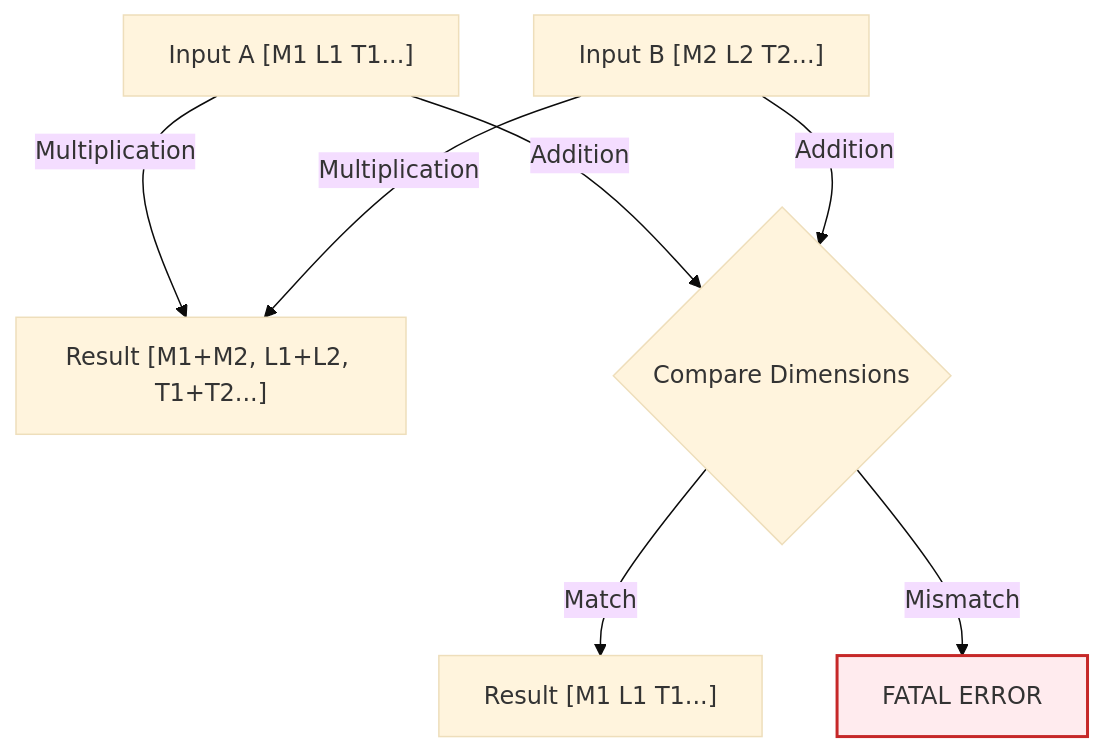
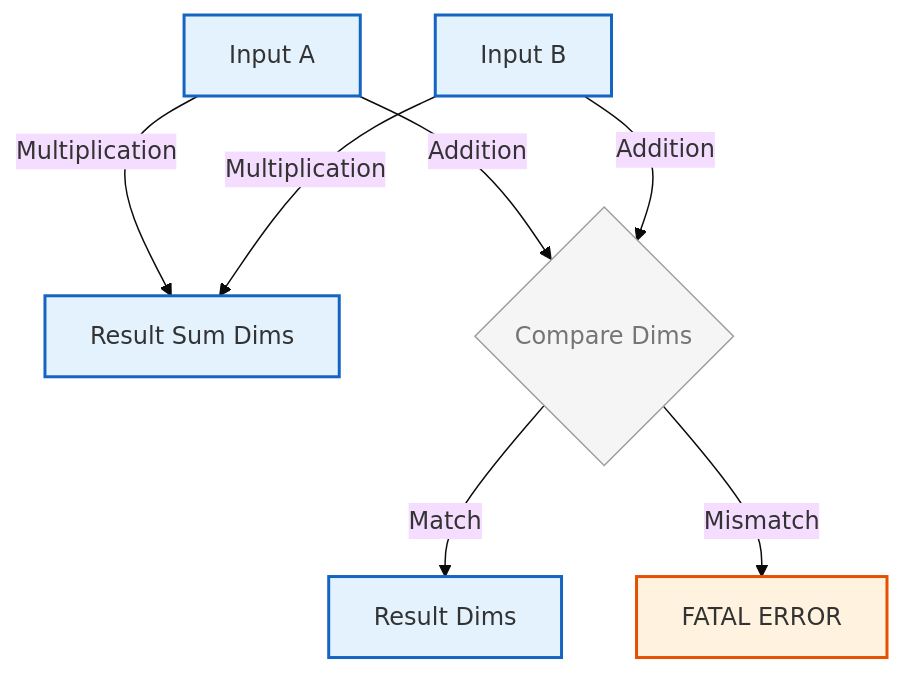
The diagram in MODULE_05_OPENFOAM_PROGRAMMING/CONTENT/08_FIELD_TYPES/04_Dimensional_Checking.md (wramet/build-my-cfd), drawn with Mermaid (base theme) before and after one commit. The commit also changed 313 other files, not shown here.

Commit message:
Revise all diagram

````diff
--- a/MODULE_05_OPENFOAM_PROGRAMMING/CONTENT/08_FIELD_TYPES/04_Dimensional_Checking.md
+++ b/MODULE_05_OPENFOAM_PROGRAMMING/CONTENT/08_FIELD_TYPES/04_Dimensional_Checking.md
@@ -130,16 +130,19 @@
 ```mermaid
 graph TD
-    A["Input A [M1 L1 T1...]"]
-    B["Input B [M2 L2 T2...]"]
+%% Classes
+classDef explicit fill:#fff3e0,stroke:#e65100,stroke-width:2px;
+classDef implicit fill:#e3f2fd,stroke:#1565c0,stroke-width:2px;
+classDef context fill:#f5f5f5,stroke:#9e9e9e,stroke-width:1px,color:#757575;
+%% Nodes
+A[Input A]:::implicit
+B[Input B]:::implicit
 
-    A -- "Multiplication" --> C["Result [M1+M2, L1+L2, T1+T2...]"]
-    B -- "Multiplication" --> C
+A -- "Multiplication" --> C[Result Sum Dims]:::implicit
+B -- "Multiplication" --> C
 
-    A -- "Addition" --> D{Compare Dimensions}
-    B -- "Addition" --> D
+A -- "Addition" --> D{Compare Dims}:::context
+B -- "Addition" --> D
 
-    D -- "Match" --> E["Result [M1 L1 T1...]"]
-    D -- "Mismatch" --> F[FATAL ERROR]
-
-    style F fill:#ffebee,stroke:#c62828,stroke-width:2px
+D -- "Match" --> E[Result Dims]:::implicit
+D -- "Mismatch" --> F[FATAL ERROR]:::explicit
 ```
````
